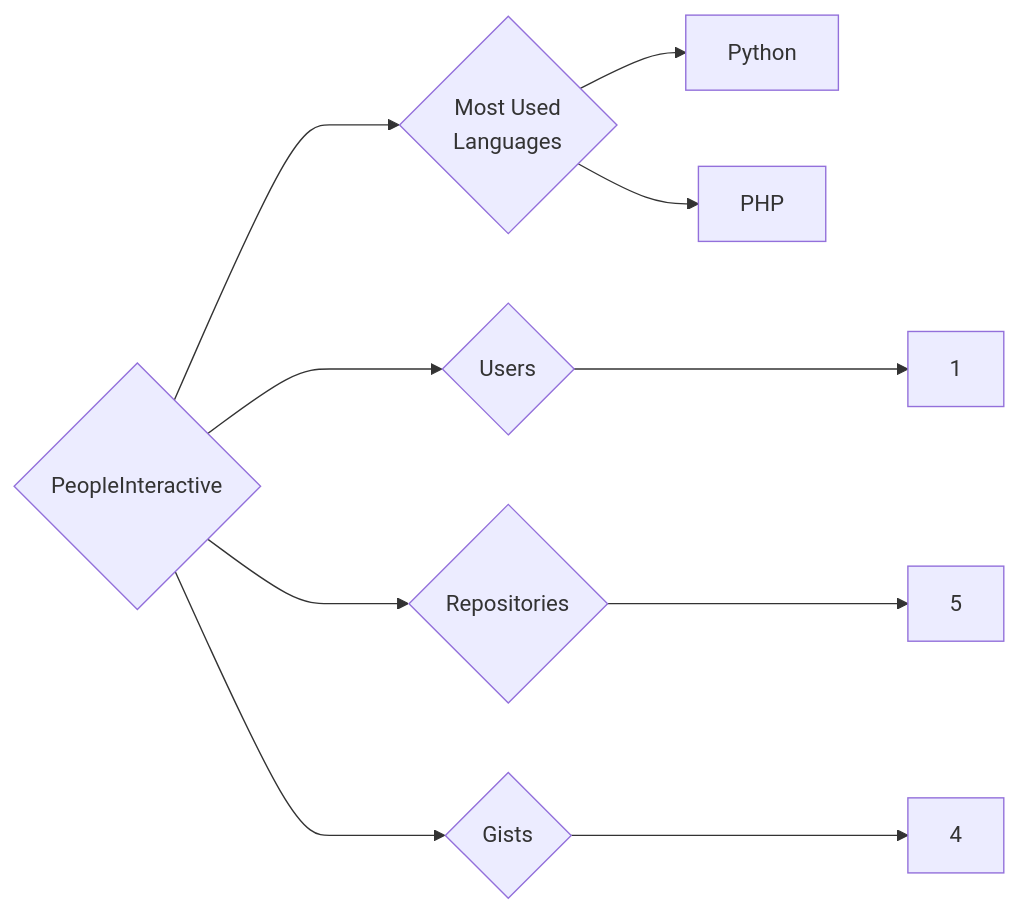
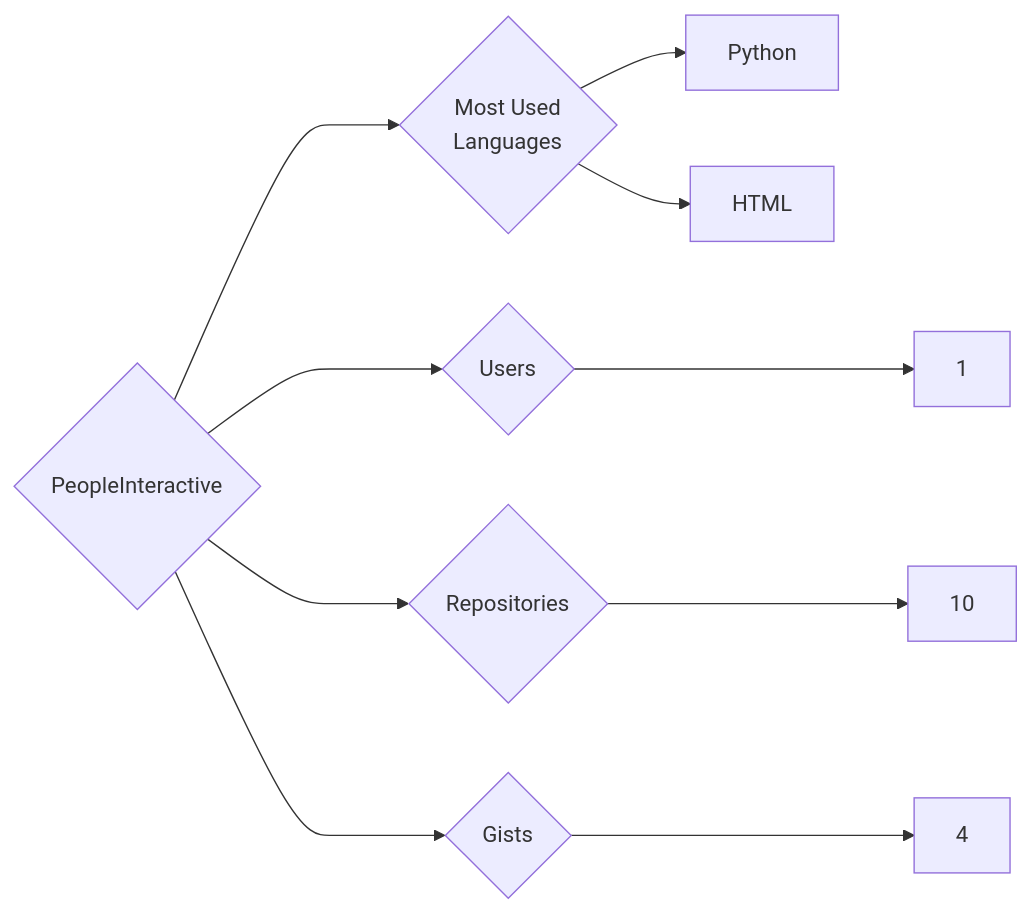
Before and after one commit to trickest/insiders: the diagram in targets/PeopleInteractive/README.md, drawn with Mermaid. The commit also changed 815 other files, not shown here.

````diff
--- a/targets/PeopleInteractive/README.md
+++ b/targets/PeopleInteractive/README.md
@@ -3,10 +3,10 @@
 ```mermaid
 graph LR
 COMPANY_NAME{PeopleInteractive}
 COMPANY_NAME ---> U{Users} ---> UN[1]
-COMPANY_NAME ---> R{Repositories} ---> RN[5]
+COMPANY_NAME ---> R{Repositories} ---> RN[10]
 COMPANY_NAME ---> G{Gists} ---> GN[4]
 COMPANY_NAME ---> ML{Most Used<br>Languages}
 ML --> Python[Python]
-ML --> PHP[PHP]
+ML --> HTML[HTML]
 ```
````
